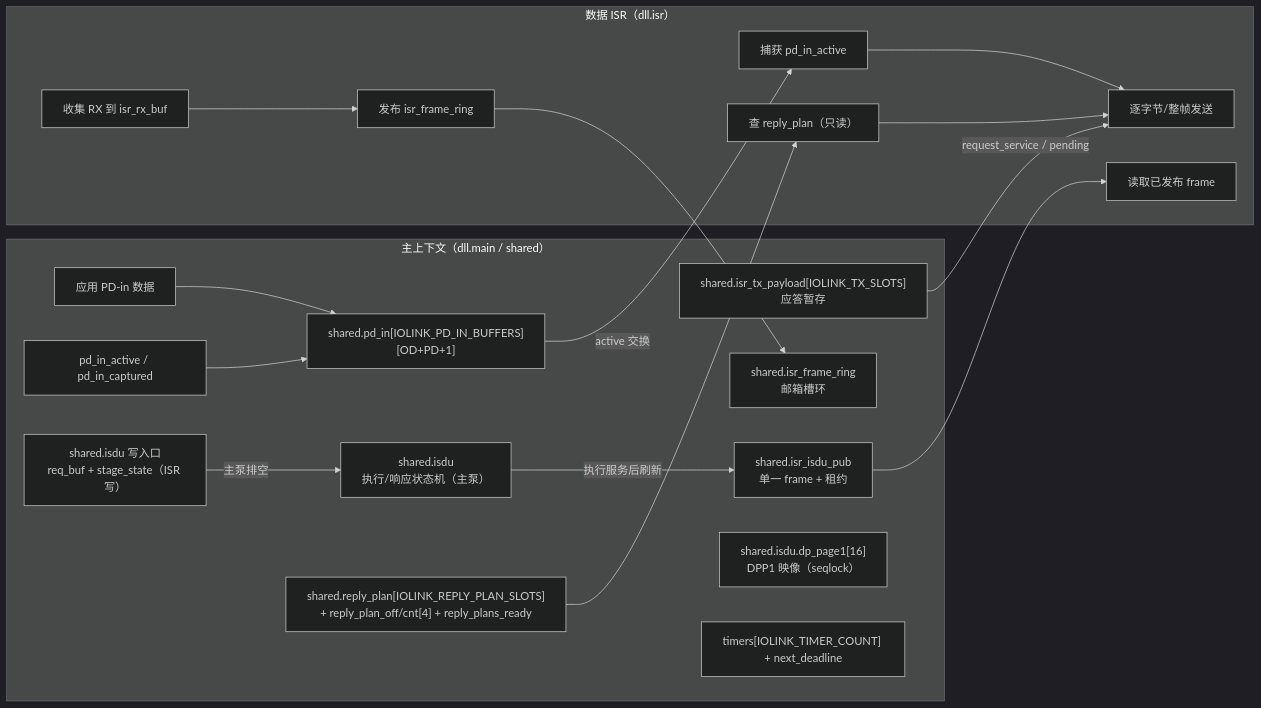
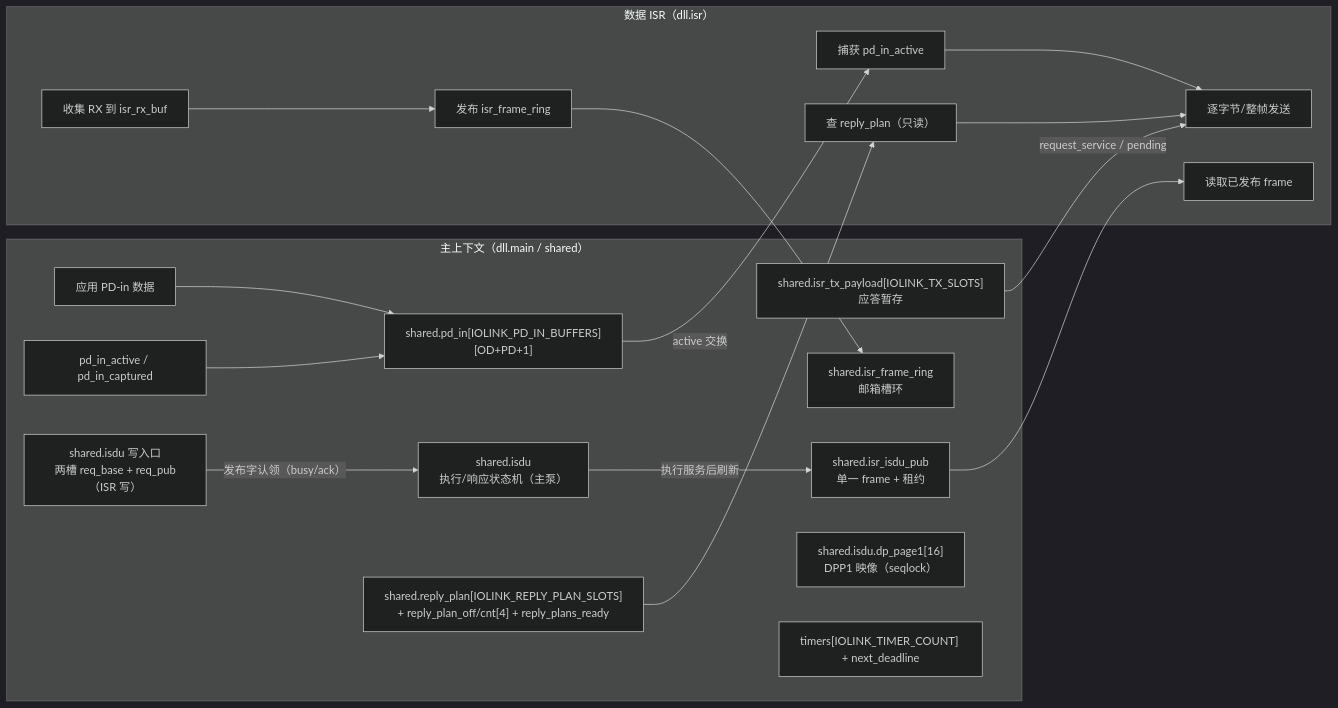
One commit to Adlyq/iolinki changed diagram 17 of 17 in docs/CODE_FLOW.md. Above: the diagram before and after it, drawn with Mermaid (dark theme). The commit also changed other lines of this file and 27 other files, not shown here.

````diff
--- a/docs/CODE_FLOW.md
+++ b/docs/CODE_FLOW.md
@@ -956,36 +957,36 @@
 ```mermaid
 flowchart LR
     subgraph MAIN["主上下文（dll.main / shared）"]
         M1["应用 PD-in 数据"]
         M2["shared.pd_in[IOLINK_PD_IN_BUFFERS][OD+PD+1]"]
         M3["pd_in_active / pd_in_captured"]
         M4["shared.isr_tx_payload[IOLINK_TX_SLOTS]<br/>应答暂存"]
-        M5["shared.isdu 写入口<br/>req_buf + stage_state（ISR 写）"]
+        M5["shared.isdu 写入口<br/>两槽 req_base + req_pub（ISR 写）"]
         M8["shared.isdu<br/>执行/响应状态机（主泵）"]
         M6["shared.isr_isdu_pub<br/>单一 frame + 租约"]
         M7["shared.isr_frame_ring<br/>邮箱槽环"]
         M9["shared.reply_plan[IOLINK_REPLY_PLAN_SLOTS]<br/>+ reply_plan_off/cnt[4] + reply_plans_ready"]
         M11["shared.isdu.dp_page1[16]<br/>DPP1 映像（seqlock）"]
         M10["timers[IOLINK_TIMER_COUNT] + next_deadline"]
     end
     subgraph ISR["数据 ISR（dll.isr）"]
         I1["捕获 pd_in_active"]
         I2["逐字节/整帧发送"]
         I3["收集 RX 到 isr_rx_buf"]
         I4["读取已发布 frame"]
         I5["发布 isr_frame_ring"]
         I6["查 reply_plan（只读）"]
     end
     M1 --> M2
     M3 --> M2
     M2 -->|active 交换| I1
     I1 --> I2
     M4 -->|request_service / pending| I2
-    M5 -->|主泵排空| M8
+    M5 -->|发布字认领（busy/ack）| M8
     M8 -->|执行服务后刷新| M6
     M6 --> I4
     M9 --> I6
     I6 --> I2
     I3 --> I5
     I5 --> M7
 ```
````
